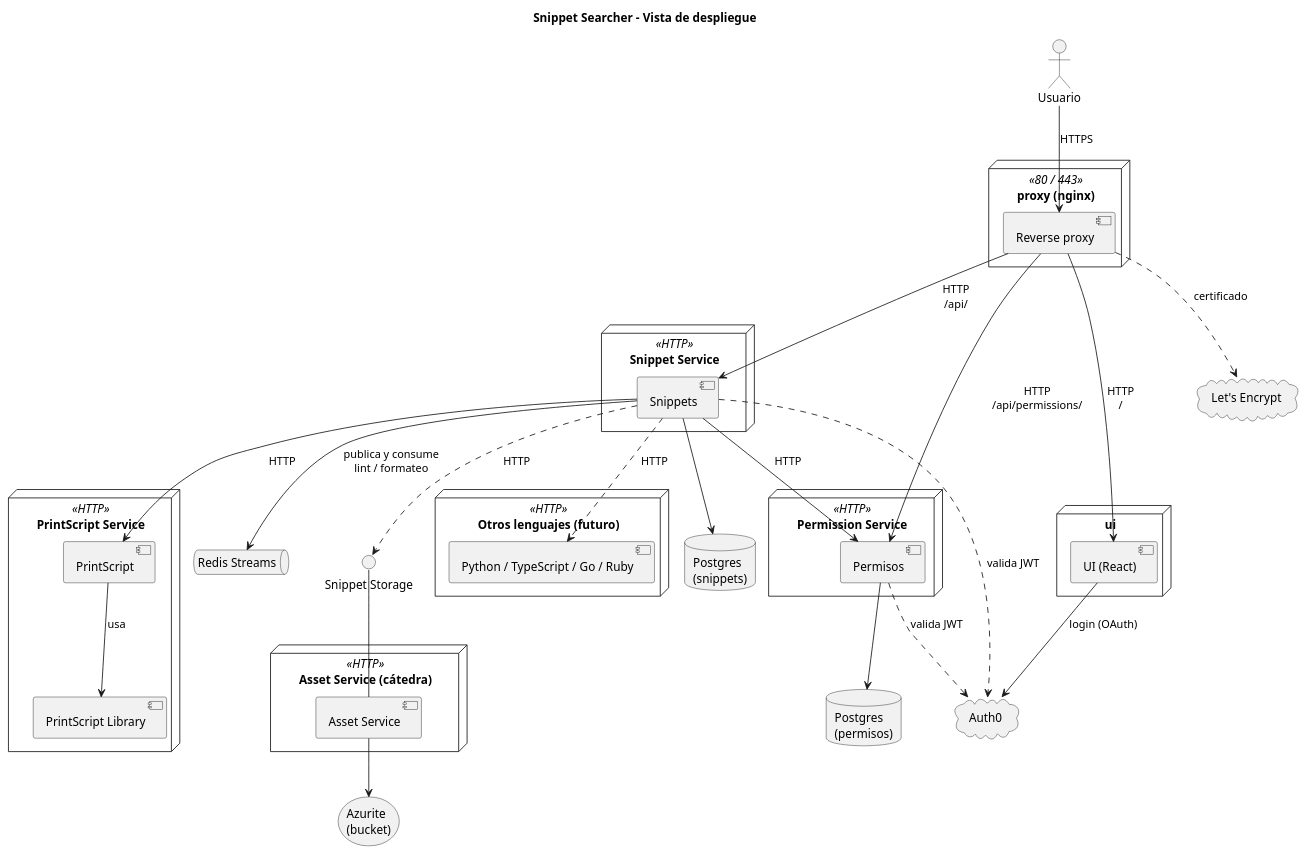
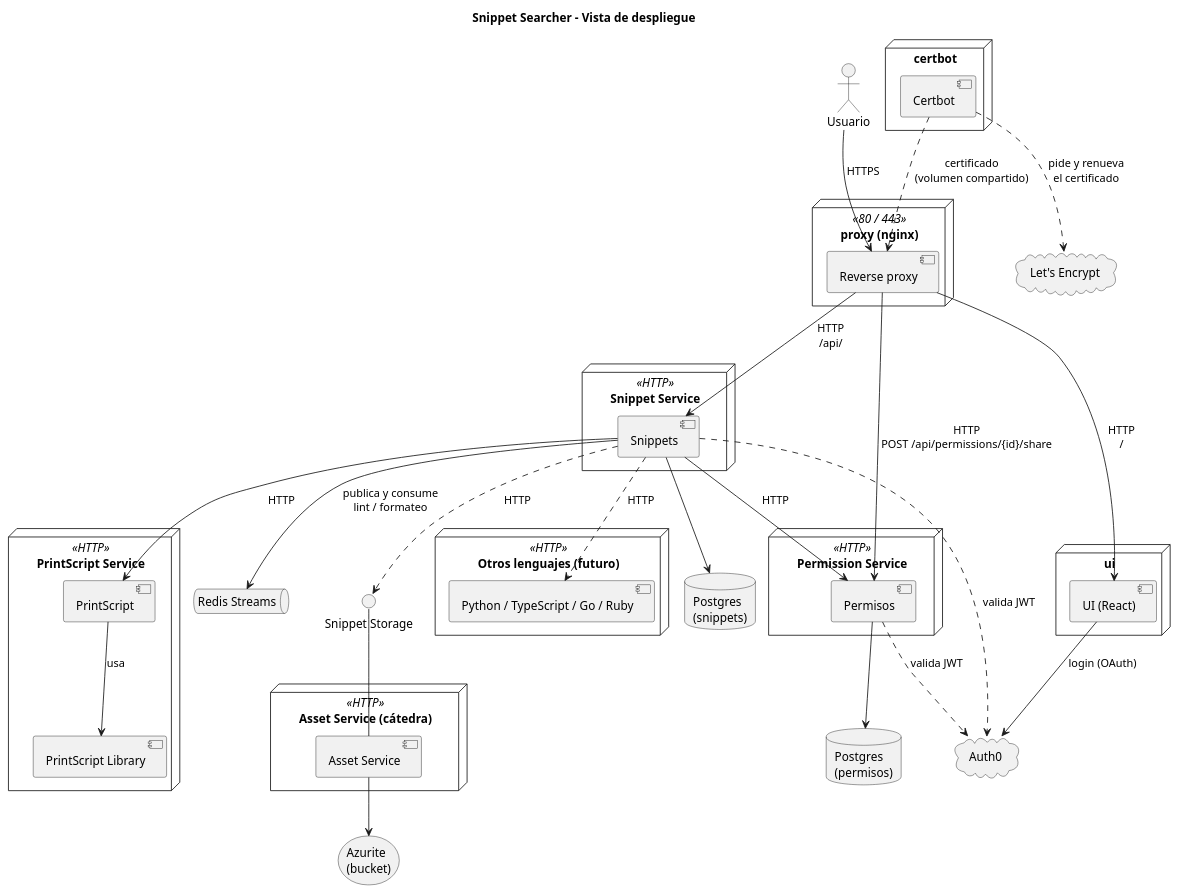
The diagram in docs/diagramas/componentes-despliegue.puml (MartinaCousido/SnippetSearcher), drawn with PlantUML before and after one commit. The commit also changed 6 other files, not shown here.

```diff
--- a/docs/diagramas/componentes-despliegue.puml
+++ b/docs/diagramas/componentes-despliegue.puml
@@ -1,75 +1,80 @@
 @startuml componentes-despliegue
 ' Vista de despliegue: cada módulo corre como un servicio independiente
 ' que expone una API HTTP, con su propia base de datos cuando la necesita.
 ' El código de los snippets se guarda en un bucket, no en Postgres.
 ' Solo Snippets usa el Snippet Storage: a los lenguajes les manda el código.
 ' Todo entra por el proxy (nginx), con HTTPS. Adentro de la red, HTTP.
 
 title Snippet Searcher - Vista de despliegue
 skinparam componentStyle uml2
 
 actor Usuario
 
 cloud "Auth0" as Auth0
 cloud "Let's Encrypt" as LE
 
 node "proxy (nginx)" <<80 / 443>> as ProxyNode {
   component "Reverse proxy" as Proxy
+}
+
+node "certbot" as CertbotNode {
+  component "Certbot" as Certbot
 }
 
 node "ui" as UINode {
   component "UI (React)" as UI
 }
 
 node "Permission Service" <<HTTP>> {
   component Permisos
 }
 database "Postgres\n(permisos)" as PermDB
 
 node "Snippet Service" <<HTTP>> {
   component Snippets
 }
 database "Postgres\n(snippets)" as SnipDB
 
 node "PrintScript Service" <<HTTP>> as PSNode {
   component PrintScript
   component "PrintScript Library" as PSLib
 }
 
 node "Otros lenguajes (futuro)" <<HTTP>> as OtrosNode {
   component "Python / TypeScript / Go / Ruby" as Otros
 }
 
 interface "Snippet Storage" as Storage
 node "Asset Service (cátedra)" <<HTTP>> {
   component "Asset Service" as BucketSvc
 }
 storage "Azurite\n(bucket)" as Bucket
 
 queue "Redis Streams" as Redis
 
 Usuario --> Proxy : HTTPS
 Proxy --> UI : HTTP\n/
 Proxy --> Snippets : HTTP\n/api/
-Proxy --> Permisos : HTTP\n/api/permissions/
-Proxy ..> LE : certificado
+Proxy --> Permisos : HTTP\nPOST /api/permissions/{id}/share
+Certbot ..> LE : pide y renueva\nel certificado
+Certbot ..> Proxy : certificado\n(volumen compartido)
 UI --> Auth0 : login (OAuth)
 
 Snippets --> Permisos : HTTP
 Snippets --> PrintScript : HTTP
 Snippets ..> Otros : HTTP
 Snippets --> SnipDB
 Permisos --> PermDB
 
 PrintScript --> PSLib : usa
 
 Snippets ..> Storage : HTTP
 Snippets --> Redis : publica y consume\nlint / formateo
 
 BucketSvc -up- Storage
 BucketSvc --> Bucket
 
 Snippets ..> Auth0 : valida JWT
 Permisos ..> Auth0 : valida JWT
 
 @enduml
```
